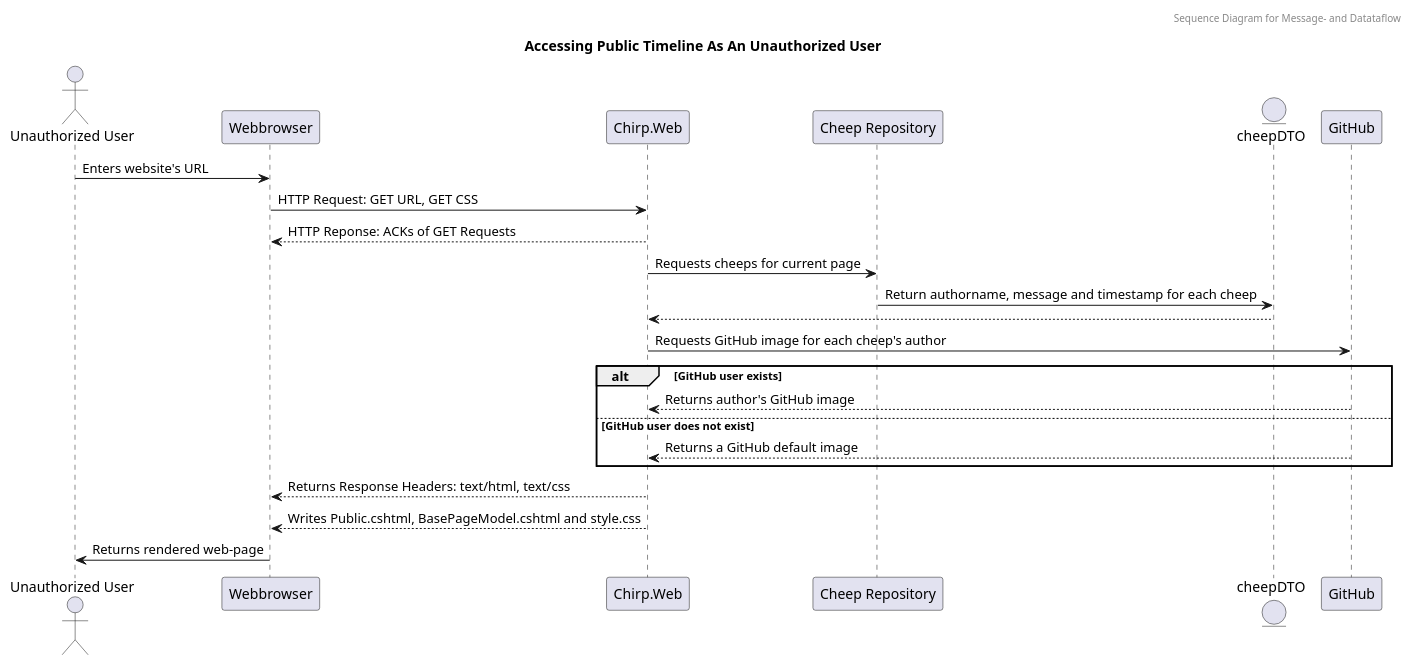
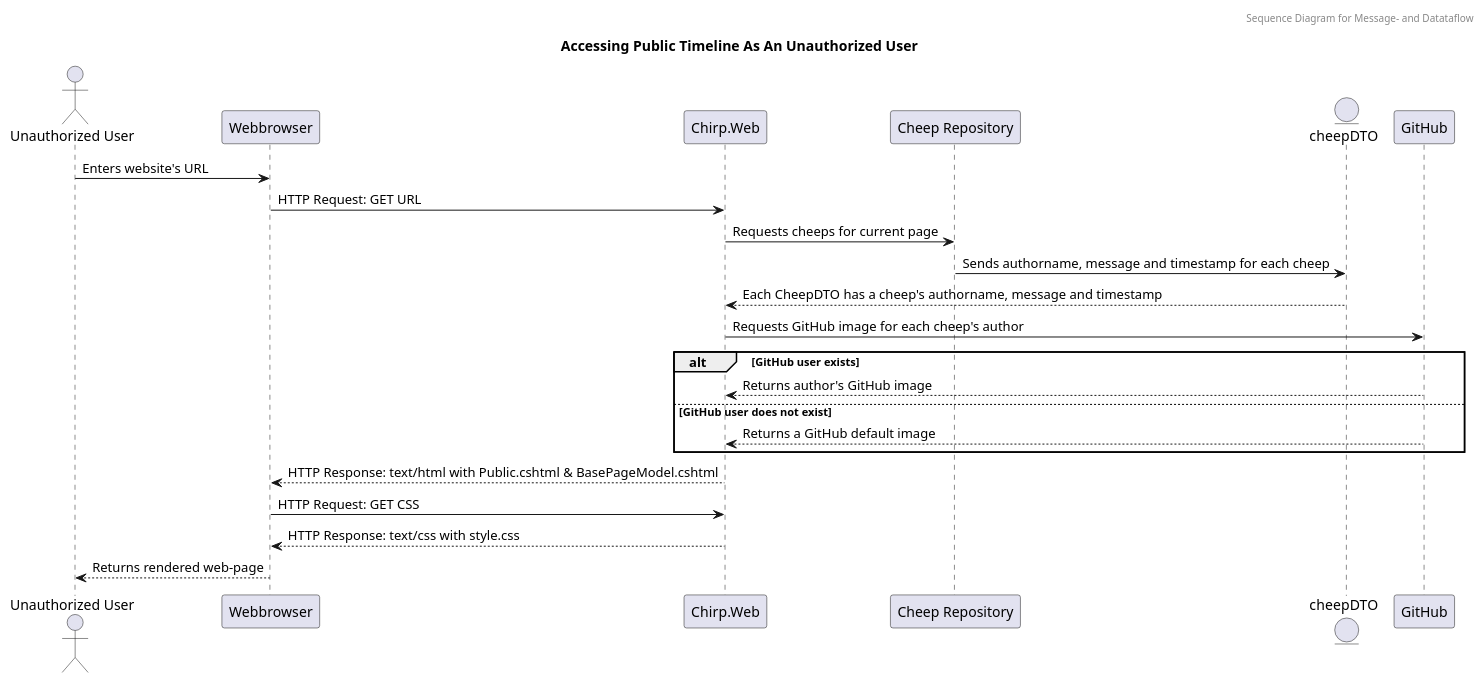
The diagram in docs/report_diagrams/UML_sequence_diagrams/msg_data_flow_UML_seq.puml (ITU-BDSA23-GROUP10/Chirp), drawn with PlantUML before and after one commit.

Commit message:
More proper HTTP messages

```diff
--- a/docs/report_diagrams/UML_sequence_diagrams/msg_data_flow_UML_seq.puml
+++ b/docs/report_diagrams/UML_sequence_diagrams/msg_data_flow_UML_seq.puml
@@ -1,30 +1,32 @@
 @startuml
 header Sequence Diagram for Message- and Datataflow
 Title Accessing Public Timeline As An Unauthorized User
 
 
 actor "Unauthorized User" as UnauthorizedUser
 participant "Webbrowser" as Browser
 participant "Chirp.Web" as ChirpWeb
 participant "Cheep Repository" as CheepRepo
 entity cheepDTO as CheepDTO
 
 UnauthorizedUser -> Browser: Enters website's URL
-Browser -> ChirpWeb: HTTP Request: GET URL, GET CSS
-Return HTTP Reponse: ACKs of GET Requests
+Browser -> ChirpWeb: HTTP Request: GET URL
 
 ChirpWeb -> CheepRepo: Requests cheeps for current page
-CheepRepo -> CheepDTO: Return authorname, message and timestamp for each cheep
-CheepDTO --> ChirpWeb:
+CheepRepo -> CheepDTO: Sends authorname, message and timestamp for each cheep
+CheepDTO --> ChirpWeb: Each CheepDTO has a cheep's authorname, message and timestamp
 
 ChirpWeb -> GitHub: Requests GitHub image for each cheep's author
 alt GitHub user exists
     GitHub --> ChirpWeb: Returns author's GitHub image
 else GitHub user does not exist
     GitHub --> ChirpWeb: Returns a GitHub default image
 end
 
-ChirpWeb --> Browser: Returns Response Headers: text/html, text/css
-ChirpWeb --> Browser: Writes Public.cshtml, BasePageModel.cshtml and style.css
-Browser -> UnauthorizedUser: Returns rendered web-page
+ChirpWeb --> Browser: HTTP Response: text/html with Public.cshtml & BasePageModel.cshtml
+
+Browser -> ChirpWeb: HTTP Request: GET CSS
+ChirpWeb --> Browser: HTTP Response: text/css with style.css
+
+Browser --> UnauthorizedUser: Returns rendered web-page
 @enduml
```
